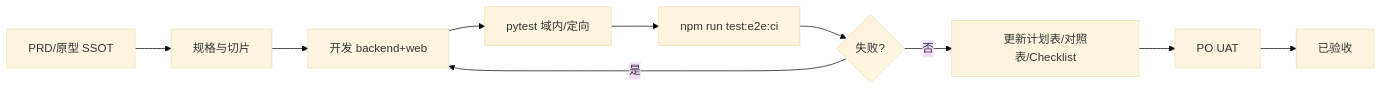
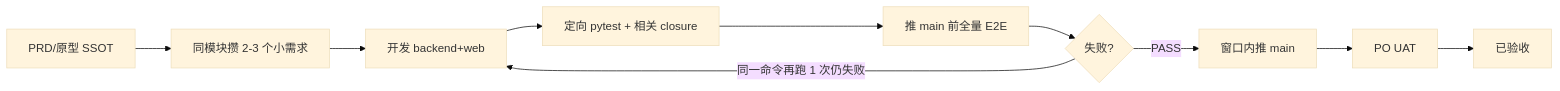
Before and after one commit to donnyskyWu/ims: the diagram in doc/开发规范/IMS-Agent交付循环.md, drawn with Mermaid (base theme). The commit also changed other lines of this file and 7 other files, not shown here.

````diff
--- a/doc/开发规范/IMS-Agent交付循环.md
+++ b/doc/开发规范/IMS-Agent交付循环.md
@@ -21,12 +21,12 @@
 ```mermaid
 flowchart LR
-  A[PRD/原型 SSOT] --> B[规格与切片]
+  A[PRD/原型 SSOT] --> B[同模块攒 2-3 个小需求]
   B --> C[开发 backend+web]
-  C --> D[pytest 域内/定向]
-  D --> E["npm run test:e2e:ci"]
+  C --> D[定向 pytest + 相关 closure]
+  D --> E["推 main 前全量 E2E"]
   E --> F{失败?}
-  F -->|是| C
-  F -->|否| G[更新计划表/对照表/Checklist]
+  F -->|同一命令再跑 1 次仍失败| C
+  F -->|PASS| G[窗口内推 main]
   G --> H[PO UAT]
   H --> I[已验收]
 ```
````
